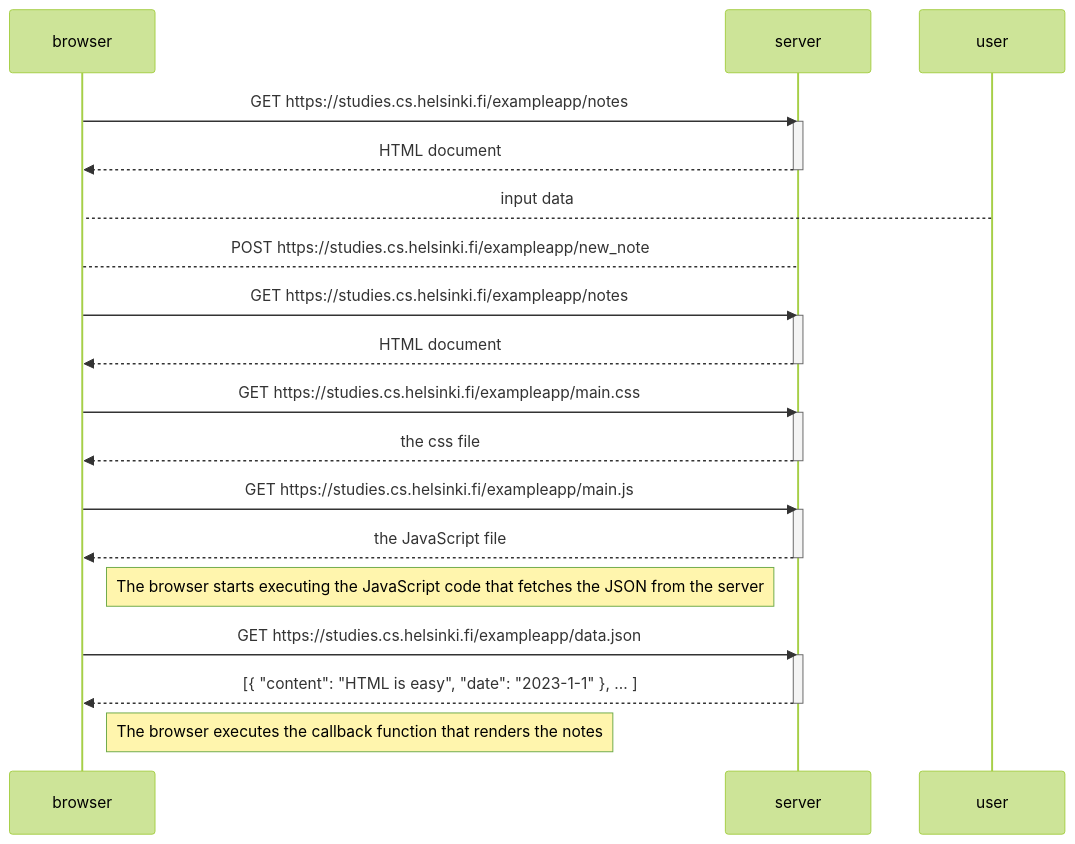
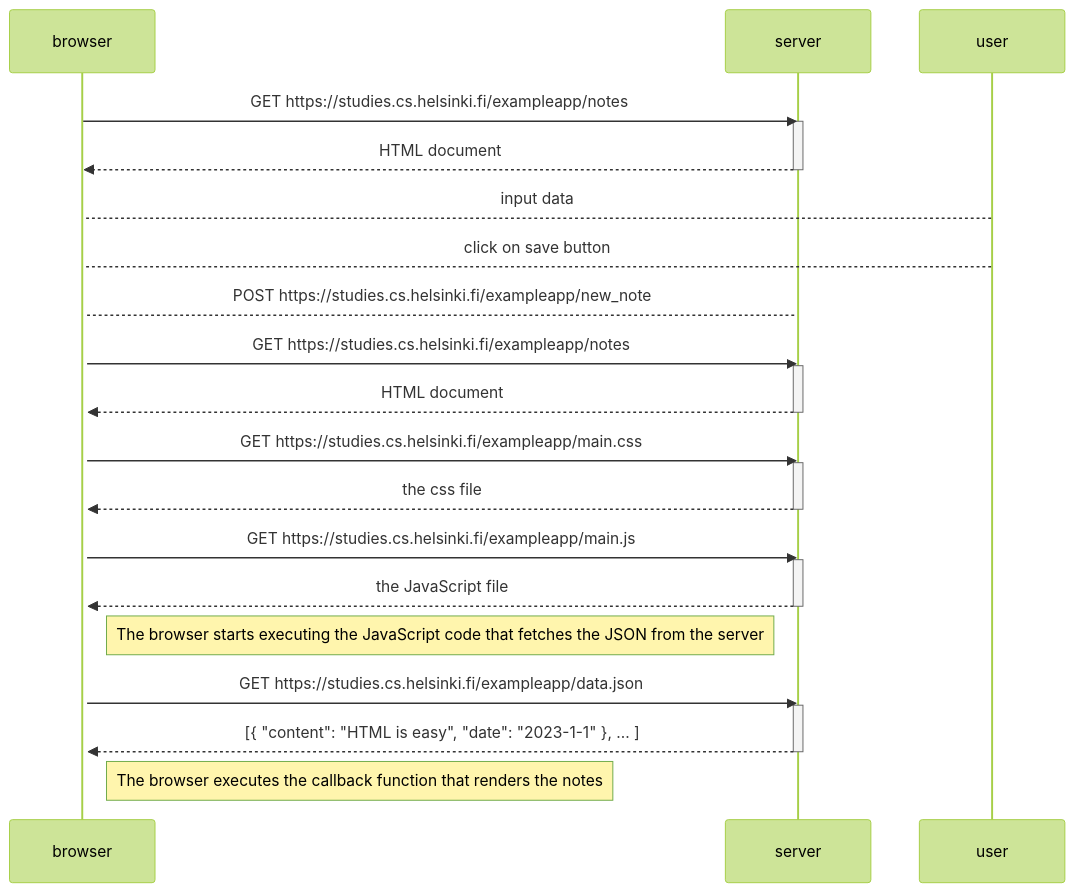
Before and after one commit to 24Akshat/fullstackopen: the diagram in mermaid.md, drawn with Mermaid (forest theme).

````diff
--- a/mermaid.md
+++ b/mermaid.md
@@ -1,37 +1,39 @@
 ```mermaid
 sequenceDiagram
     participant browser
     participant server
     participant user
 
     browser->>server: GET https://studies.cs.helsinki.fi/exampleapp/notes
     activate server
     server-->>browser: HTML document
     deactivate server
 
     user --> browser : input data
+    user --> browser : click on save button
+    activate browser
     browser --> server : POST https://studies.cs.helsinki.fi/exampleapp/new_note
     browser->>server: GET https://studies.cs.helsinki.fi/exampleapp/notes
     activate server
     server-->>browser: HTML document
     deactivate server
 
     browser->>server: GET https://studies.cs.helsinki.fi/exampleapp/main.css
     activate server
     server-->>browser: the css file
     deactivate server
 
     browser->>server: GET https://studies.cs.helsinki.fi/exampleapp/main.js
     activate server
     server-->>browser: the JavaScript file
     deactivate server
 
     Note right of browser: The browser starts executing the JavaScript code that fetches the JSON from the server
 
     browser->>server: GET https://studies.cs.helsinki.fi/exampleapp/data.json
     activate server
     server-->>browser: [{ "content": "HTML is easy", "date": "2023-1-1" }, ... ]
     deactivate server
 
     Note right of browser: The browser executes the callback function that renders the notes
 ```
````
